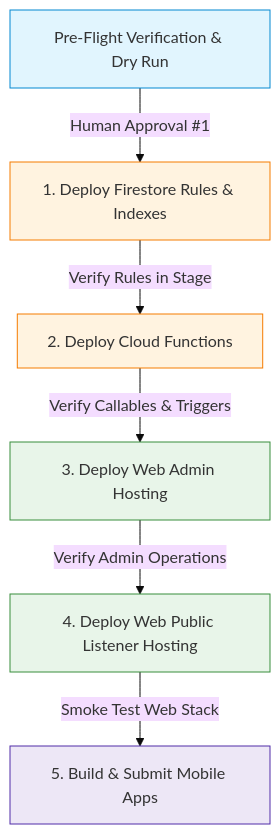
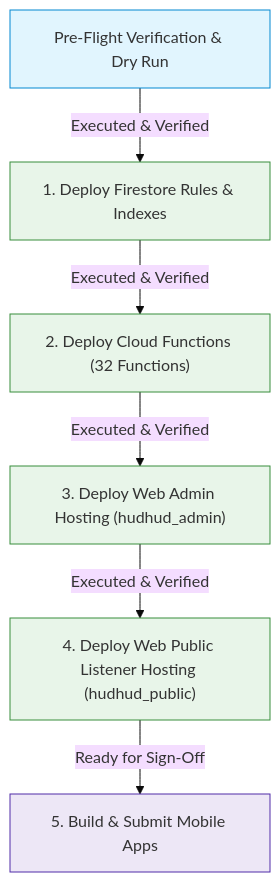
One commit to IbrahimQassem/FM-Pro changed the diagram in .boss/technical-review/production-deployment-checklist.md. Above: the diagram before and after it, drawn with Mermaid (base theme). The commit also changed other lines of this file and 1 other file, not shown here.

Commit message:
fix(functions): add cpu:1 to adminUploadImage and update production deployment checklist

````diff
--- a/.boss/technical-review/production-deployment-checklist.md
+++ b/.boss/technical-review/production-deployment-checklist.md
@@ -18,15 +18,15 @@
 ```mermaid
 flowchart TD
-    A["Pre-Flight Verification & Dry Run"] -->|Human Approval #1| B["1. Deploy Firestore Rules & Indexes"]
-    B -->|Verify Rules in Stage| C["2. Deploy Cloud Functions"]
-    C -->|Verify Callables & Triggers| D["3. Deploy Web Admin Hosting"]
-    D -->|Verify Admin Operations| E["4. Deploy Web Public Listener Hosting"]
-    E -->|Smoke Test Web Stack| F["5. Build & Submit Mobile Apps"]
+    A["Pre-Flight Verification & Dry Run"] -->|Executed & Verified| B["1. Deploy Firestore Rules & Indexes"]
+    B -->|Executed & Verified| C["2. Deploy Cloud Functions (32 Functions)"]
+    C -->|Executed & Verified| D["3. Deploy Web Admin Hosting (hudhud_admin)"]
+    D -->|Executed & Verified| E["4. Deploy Web Public Listener Hosting (hudhud_public)"]
+    E -->|Ready for Sign-Off| F["5. Build & Submit Mobile Apps"]
     
     style A fill:#e1f5fe,stroke:#0288d1
-    style B fill:#fff3e0,stroke:#f57c00
-    style C fill:#fff3e0,stroke:#f57c00
+    style B fill:#e8f5e9,stroke:#388e3c
+    style C fill:#e8f5e9,stroke:#388e3c
     style D fill:#e8f5e9,stroke:#388e3c
     style E fill:#e8f5e9,stroke:#388e3c
     style F fill:#ede7f6,stroke:#512da8
 ```
````
